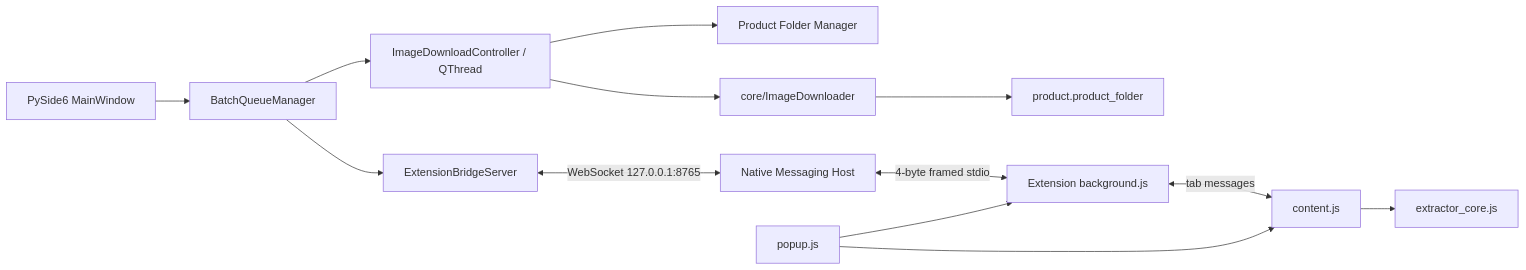
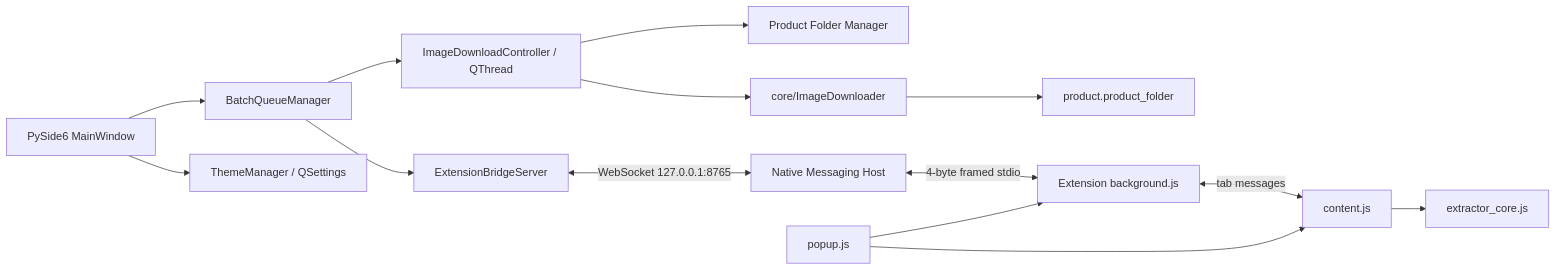
Before and after one commit to khonghung-dev/download-image-shopee: the diagram in docs/ARCHITECTURE.md, drawn with Mermaid. The commit also changed other lines of this file and 28 other files, not shown here.

````diff
--- a/docs/ARCHITECTURE.md
+++ b/docs/ARCHITECTURE.md
@@ -7,15 +7,16 @@
 ```mermaid
 flowchart LR
     UI[PySide6 MainWindow] --> Queue[BatchQueueManager]
+    UI --> Theme[ThemeManager / QSettings]
     Queue --> ProductWorker[ImageDownloadController / QThread]
     ProductWorker --> ProductFolder[Product Folder Manager]
     ProductWorker --> Downloader[core/ImageDownloader]
     Downloader --> ProductPath[product.product_folder]
     Queue --> Bridge[ExtensionBridgeServer]
     Bridge <-->|WebSocket 127.0.0.1:8765| Host[Native Messaging Host]
     Host <-->|4-byte framed stdio| Background[Extension background.js]
     Background <-->|tab messages| Content[content.js]
     Content --> Core[extractor_core.js]
     Popup[popup.js] --> Background
     Popup --> Content
 ```
````
